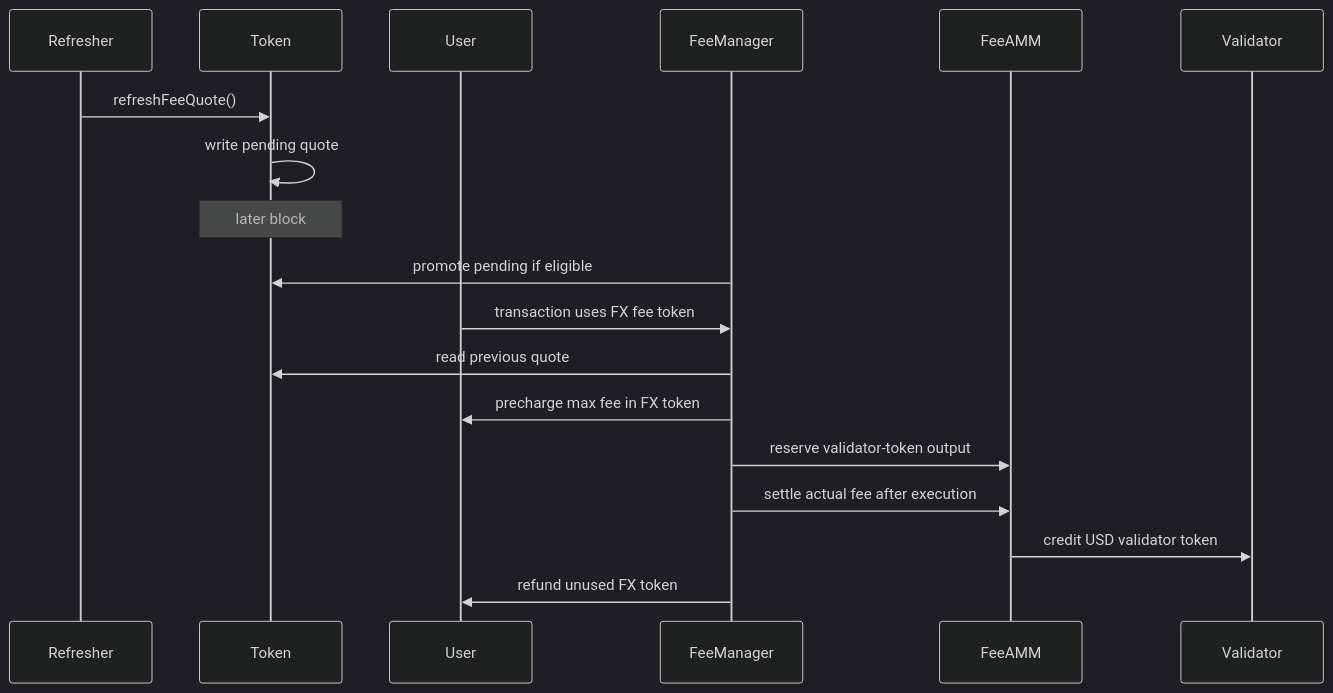
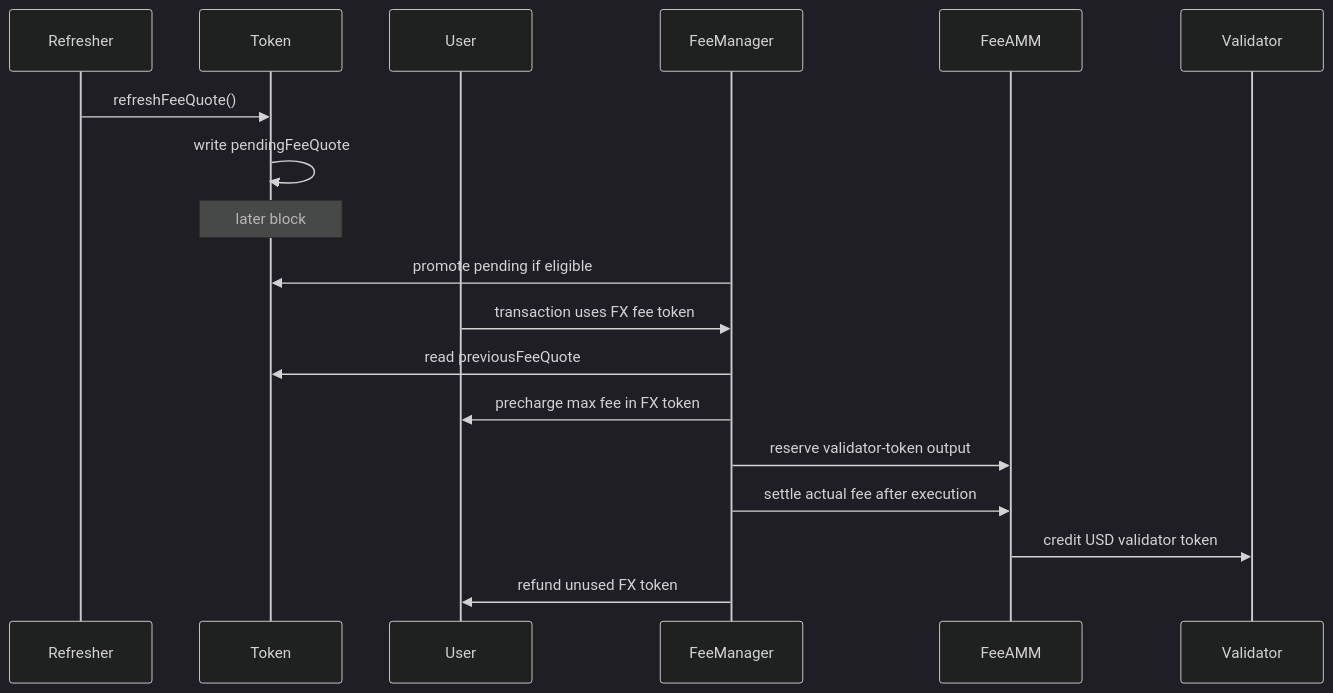
The diagram in tips/tip-1054.md (tempoxyz/tempo), drawn with Mermaid (dark theme) before and after one commit. The commit also changed other lines of this file, not shown here.

````diff
--- a/tips/tip-1054.md
+++ b/tips/tip-1054.md
@@ -77,21 +56,21 @@
 ```mermaid
 sequenceDiagram
     participant Refresher
     participant Token
     participant User
     participant FeeManager
     participant FeeAMM
     participant Validator
 
     Refresher->>Token: refreshFeeQuote()
-    Token->>Token: write pending quote
+    Token->>Token: write pendingFeeQuote
     Note over Token: later block
     FeeManager->>Token: promote pending if eligible
     User->>FeeManager: transaction uses FX fee token
-    FeeManager->>Token: read previous quote
+    FeeManager->>Token: read previousFeeQuote
     FeeManager->>User: precharge max fee in FX token
     FeeManager->>FeeAMM: reserve validator-token output
     FeeManager->>FeeAMM: settle actual fee after execution
     FeeAMM->>Validator: credit USD validator token
     FeeManager->>User: refund unused FX token
 ```
````
